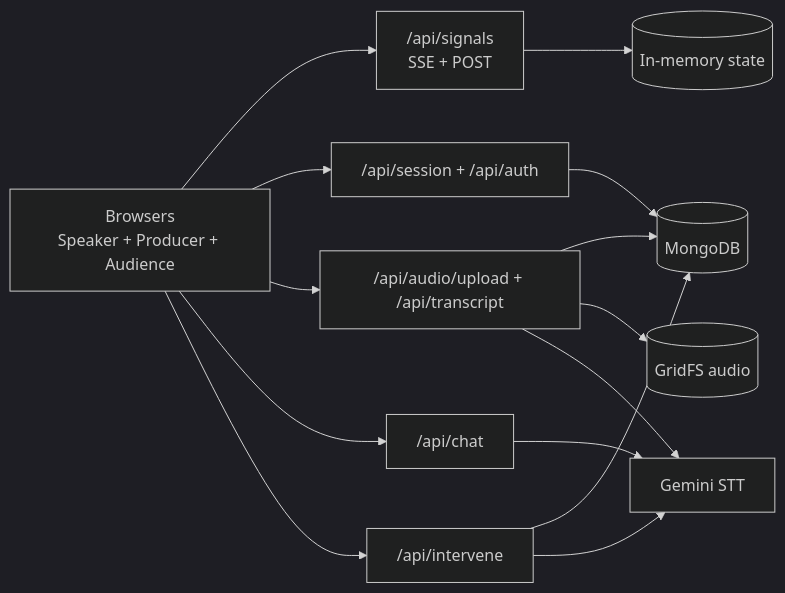
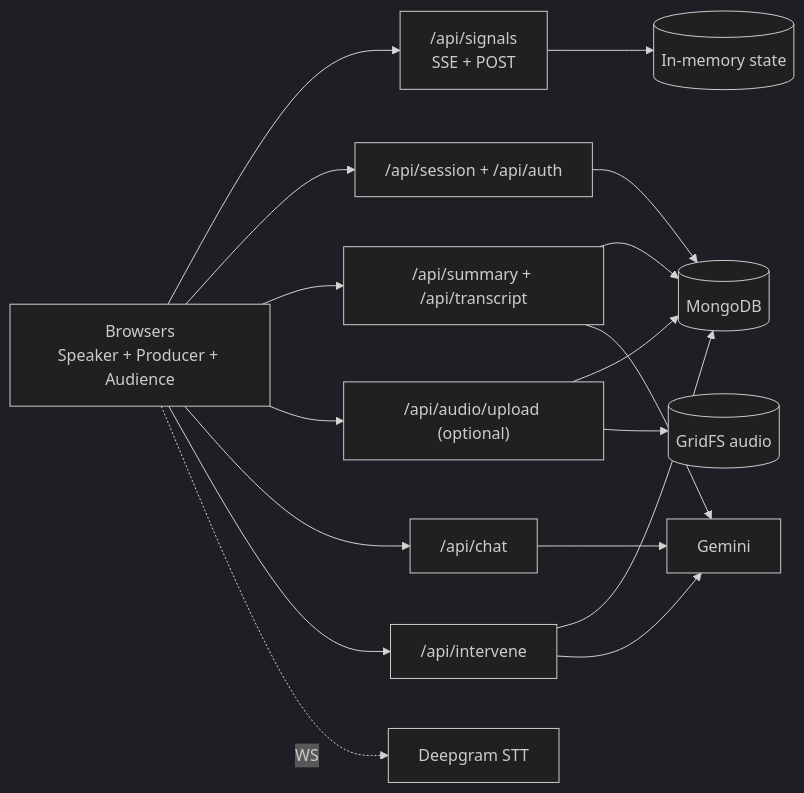
The third of 8 diagrams in PULSE_ARCHITECTUREPLAN.md (arvinder004/PULSE_HACKBYTE4.0), drawn with Mermaid (dark theme) before and after one commit. The commit also changed other lines of this file and 14 other files, not shown here.

````diff
--- a/PULSE_ARCHITECTUREPLAN.md
+++ b/PULSE_ARCHITECTUREPLAN.md
@@ -162,19 +171,22 @@
 ```mermaid
 flowchart LR
   Client["Browsers<br/>Speaker + Producer + Audience"] --> Signals["/api/signals<br/>SSE + POST"]
   Client --> Session["/api/session + /api/auth"]
-  Client --> Audio["/api/audio/upload + /api/transcript"]
+  Client --> Summary["/api/summary + /api/transcript"]
+  Client --> Audio["/api/audio/upload (optional)"]
   Client --> Chat["/api/chat"]
   Client --> Intervene["/api/intervene"]
+  Client -. "WS" .-> Deepgram[Deepgram STT]
 
   Signals --> Mem[(In-memory state)]
 
   Session --> Mongo[(MongoDB)]
   Intervene --> Mongo
+  Summary --> Mongo
   Audio --> Mongo
 
   Audio --> GridFS[(GridFS audio)]
-  Audio --> Gemini[Gemini STT]
+  Summary --> Gemini
   Chat --> Gemini
   Intervene --> Gemini
 ```
````
